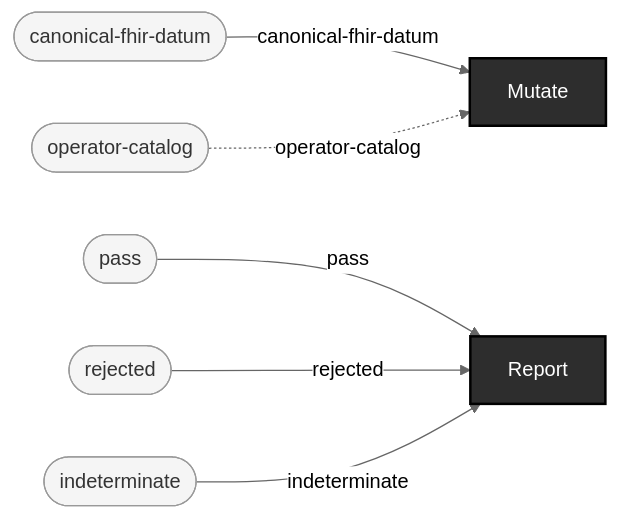
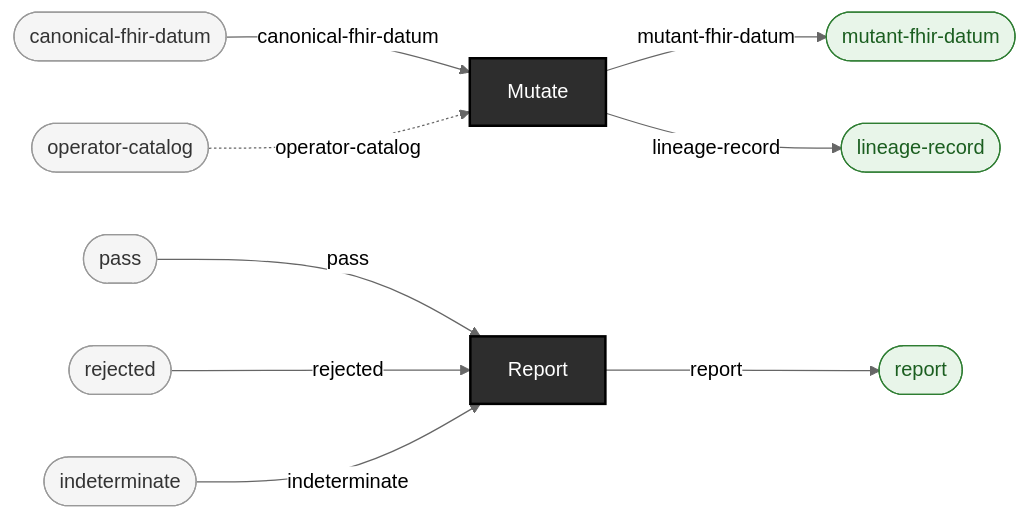
One commit to pragsmike/ehr-testing-tools changed the diagram in docs/use-cases/audit-regulatory-evidence-trail.md. Above: the diagram before and after it, drawn with Mermaid (neutral theme). The commit also changed 21 other files, not shown here.

First line of the commit message:
docs: regenerate use-case pages and pipeline diagram with result nodes (mechanical, zero hand edits)

````diff
--- a/docs/use-cases/audit-regulatory-evidence-trail.md
+++ b/docs/use-cases/audit-regulatory-evidence-trail.md
@@ -52,37 +52,50 @@
 ```mermaid
 flowchart LR
 
     %% --- Source types (raw inputs, not produced by any operation) ---
     canonical_fhir_datum(["canonical-fhir-datum"])
     indeterminate(["indeterminate"])
     operator_catalog(["operator-catalog"])
     pass(["pass"])
     rejected(["rejected"])
 
     %% --- Operations (boxes; spiders use distinct shapes) ---
     Mutate["Mutate"]
     Report["Report"]
 
+    %% --- Result types (terminal outputs) ---
+    lineage_record_out(["lineage-record"])
+    mutant_fhir_datum_out(["mutant-fhir-datum"])
+    report_out(["report"])
+
     %% --- Wires (typed connections) ---
     %% Arrow 1: Mutate
     canonical_fhir_datum -- canonical-fhir-datum --> Mutate
     operator_catalog -. operator-catalog .-> Mutate
+    Mutate -- "mutant-fhir-datum" --> mutant_fhir_datum_out
+    Mutate -- "lineage-record" --> lineage_record_out
 
     %% Arrow 2: Report
     pass -- pass --> Report
     rejected -- rejected --> Report
     indeterminate -- indeterminate --> Report
+    Report -- "report" --> report_out
 
     %% --- Styling ---
 
     %% Operations: dark boxes (fan=blue, funnel=green, enrichment=outlined, gate=purple, external=dashed)
     style Mutate fill:#2d2d2d,stroke:#000,color:#fff,stroke-width:2px
     style Report fill:#2d2d2d,stroke:#000,color:#fff,stroke-width:2px
 
     %% Source types: light rounded
     style canonical_fhir_datum fill:#f5f5f5,stroke:#999,color:#333
     style indeterminate fill:#f5f5f5,stroke:#999,color:#333
     style operator_catalog fill:#f5f5f5,stroke:#999,color:#333
     style pass fill:#f5f5f5,stroke:#999,color:#333
     style rejected fill:#f5f5f5,stroke:#999,color:#333
+
+    %% Result types (terminal outputs): green rounded
+    style lineage_record_out fill:#e8f5e9,stroke:#2e7d32,color:#1b5e20
+    style mutant_fhir_datum_out fill:#e8f5e9,stroke:#2e7d32,color:#1b5e20
+    style report_out fill:#e8f5e9,stroke:#2e7d32,color:#1b5e20
 ```
````
